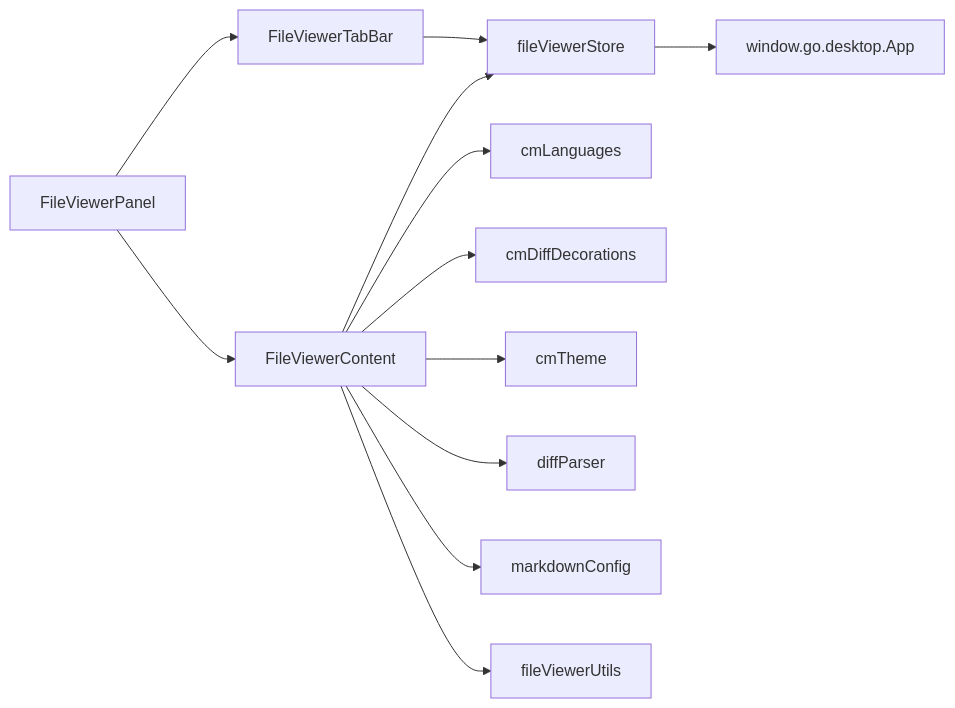
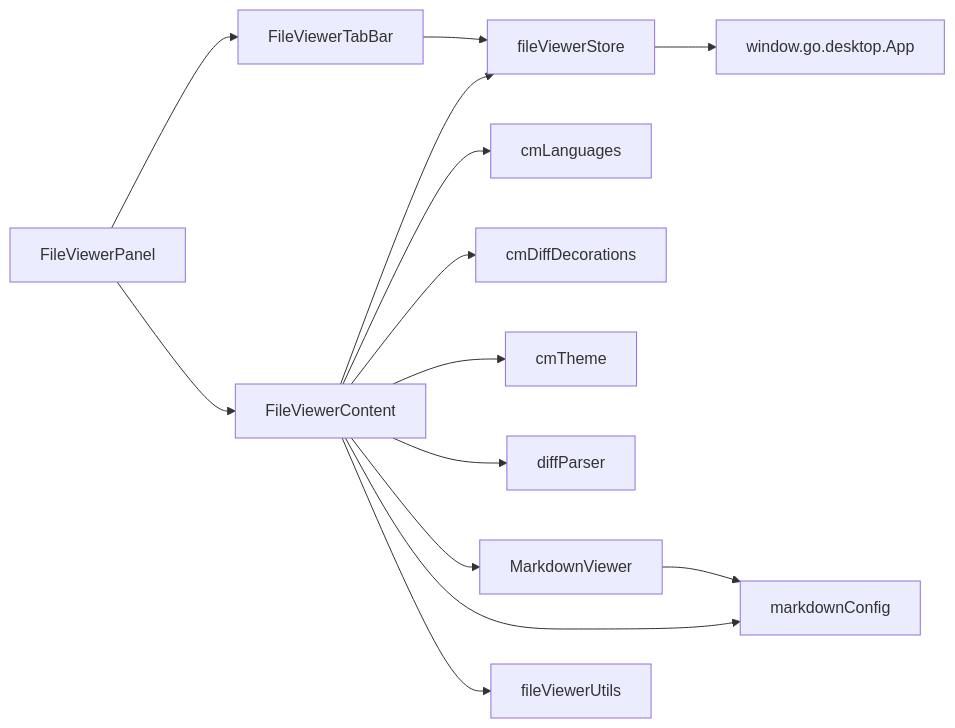
One commit to v0lka/c0wrk changed diagram 11 of 11 in .qoder/repowiki/en/content/Frontend Application/UI Components/File Viewer Components.md. Above: the diagram before and after it, drawn with Mermaid. The commit also changed other lines of this file and 8 other files, not shown here.

````diff
--- a/.qoder/repowiki/en/content/Frontend Application/UI Components/File Viewer Components.md
+++ b/.qoder/repowiki/en/content/Frontend Application/UI Components/File Viewer Components.md
@@ -436,14 +489,16 @@
 ```mermaid
 graph LR
 Panel["FileViewerPanel"] --> TabBar["FileViewerTabBar"]
 Panel --> Content["FileViewerContent"]
 Content --> Store["fileViewerStore"]
 TabBar --> Store
 Content --> CL["cmLanguages"]
 Content --> CD["cmDiffDecorations"]
 Content --> CT["cmTheme"]
 Content --> DP["diffParser"]
+Content --> MV["MarkdownViewer"]
 Content --> MC["markdownConfig"]
 Content --> FU["fileViewerUtils"]
+MV --> MC
 Store --> Backend["window.go.desktop.App"]
 ```
````
